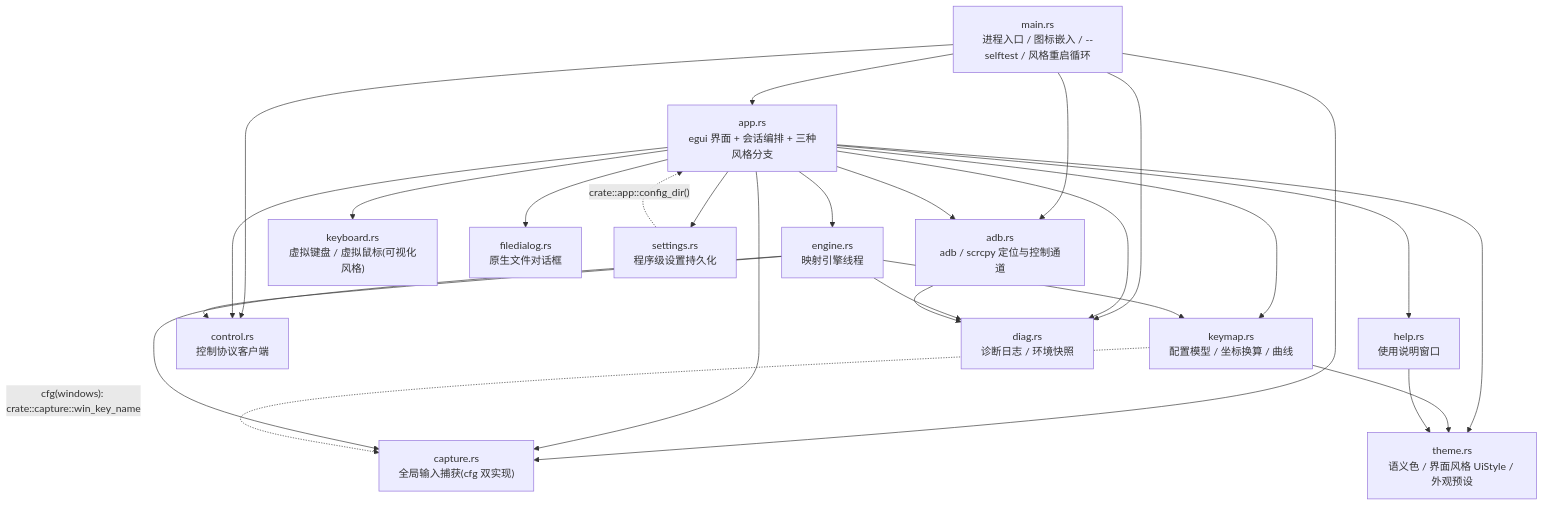
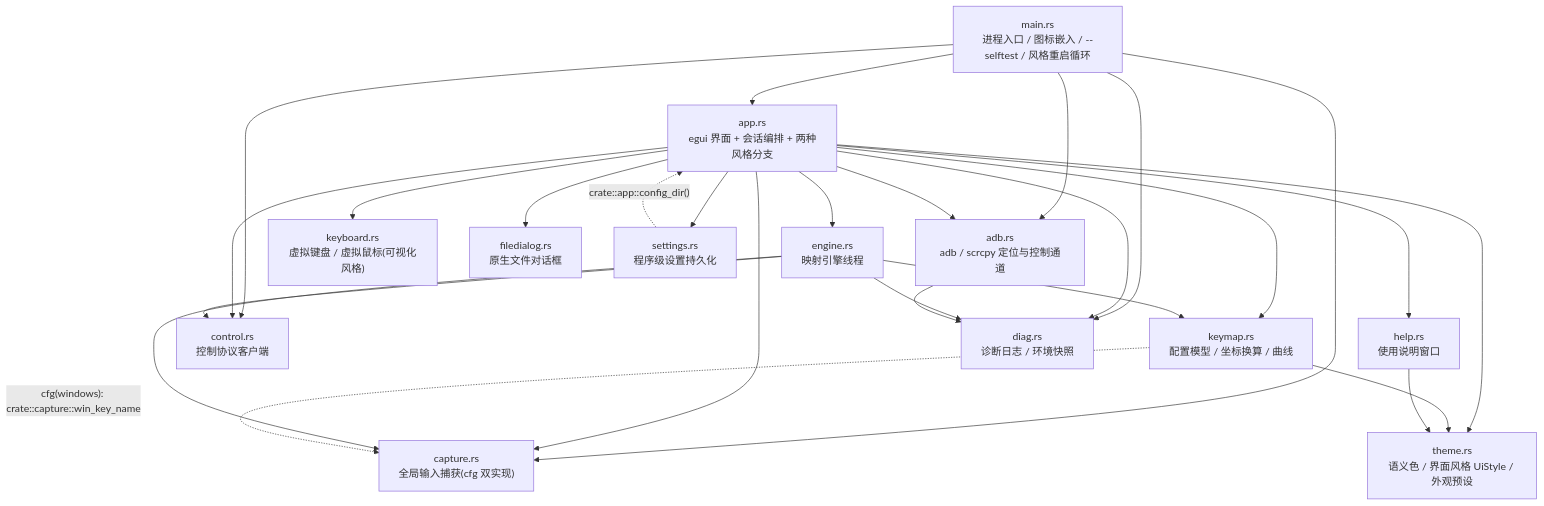
One commit to Azrl-lyh/scrcpy-pad changed the first of 8 diagrams in 文档/文件与执行逻辑.md. Above: the diagram before and after it, drawn with Mermaid. The commit also changed other lines of this file and 235 other files, not shown here.

````diff
--- a/文档/文件与执行逻辑.md
+++ b/文档/文件与执行逻辑.md
@@ -189,42 +196,42 @@
 ```mermaid
 flowchart TD
     main["main.rs<br/>进程入口 / 图标嵌入 / --selftest / 风格重启循环"]
-    app["app.rs<br/>egui 界面 + 会话编排 + 三种风格分支"]
+    app["app.rs<br/>egui 界面 + 会话编排 + 两种风格分支"]
     engine["engine.rs<br/>映射引擎线程"]
     keymap["keymap.rs<br/>配置模型 / 坐标换算 / 曲线"]
     capture["capture.rs<br/>全局输入捕获(cfg 双实现)"]
     control["control.rs<br/>控制协议客户端"]
     adb["adb.rs<br/>adb / scrcpy 定位与控制通道"]
     theme["theme.rs<br/>语义色 / 界面风格 UiStyle / 外观预设"]
     keyboard["keyboard.rs<br/>虚拟键盘 / 虚拟鼠标(可视化风格)"]
     help["help.rs<br/>使用说明窗口"]
     diag["diag.rs<br/>诊断日志 / 环境快照"]
     filedialog["filedialog.rs<br/>原生文件对话框"]
     settings["settings.rs<br/>程序级设置持久化"]
 
     main --> app
     main --> adb
     main --> control
     main --> capture
     main --> diag
     app --> engine
     app --> keymap
     app --> capture
     app --> control
     app --> adb
     app --> theme
     app --> keyboard
     app --> help
     app --> filedialog
     app --> settings
     app --> diag
     engine --> keymap
     engine --> capture
     engine --> control
     engine --> diag
     keymap --> theme
     help --> theme
     adb --> diag
     settings -. "crate::app::config_dir()" .-> app
     keymap -. "cfg(windows): crate::capture::win_key_name" .-> capture
 ```
````
